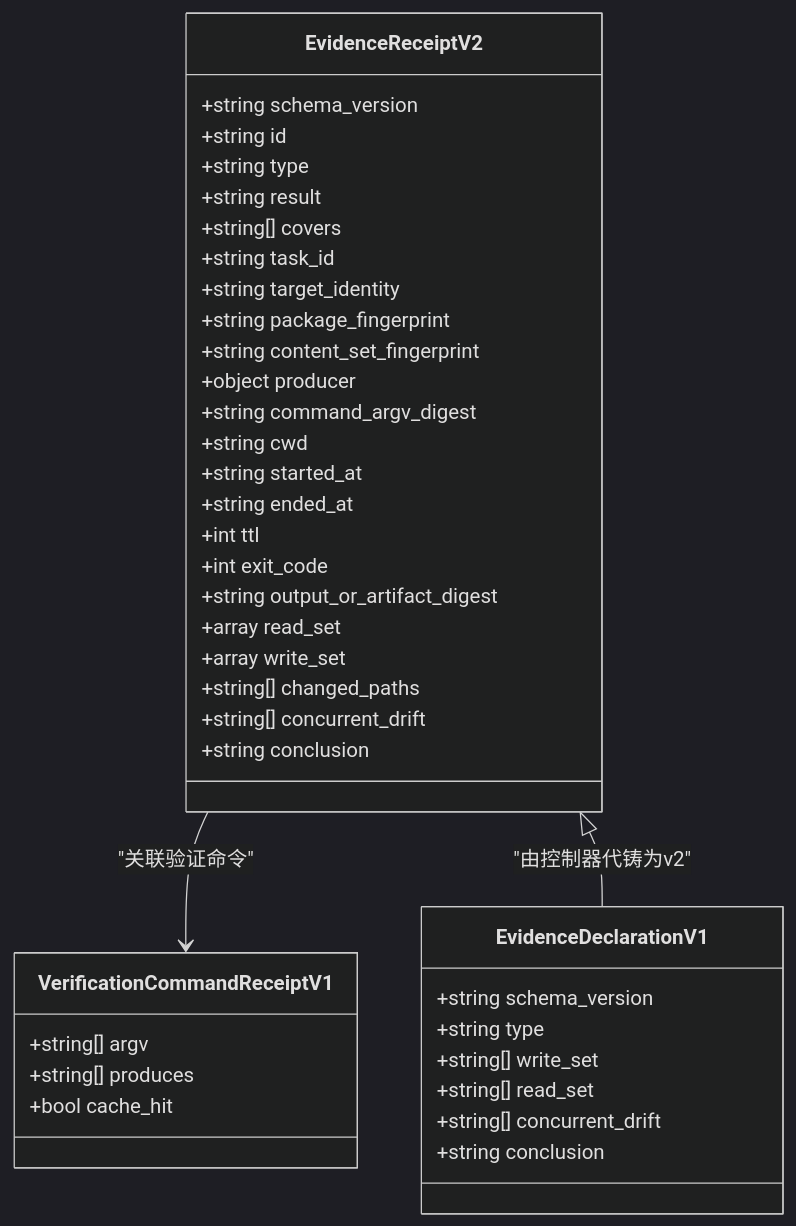
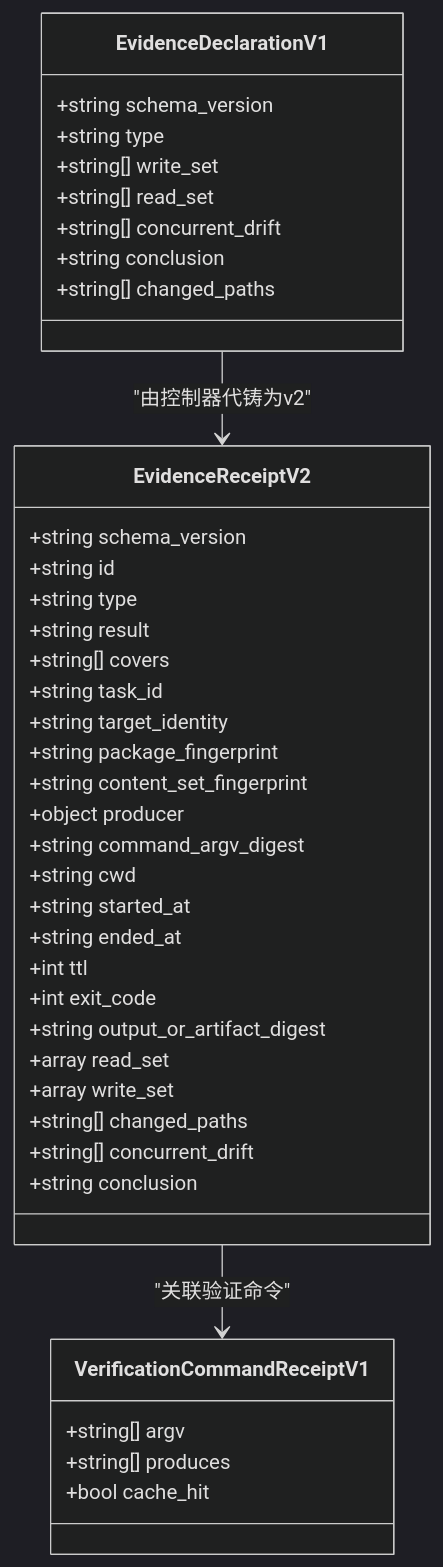
Before and after one commit to HackSing/docs-harness: the third of 4 diagrams in .qoder/repowiki/zh/content/API参考/JSON接口规范/证据收据Schema定义.md, drawn with Mermaid (dark theme). The commit also changed other lines of this file and 40 other files, not shown here.

````diff
--- a/.qoder/repowiki/zh/content/API参考/JSON接口规范/证据收据Schema定义.md
+++ b/.qoder/repowiki/zh/content/API参考/JSON接口规范/证据收据Schema定义.md
@@ -186,42 +202,43 @@
 ```mermaid
 classDiagram
 class EvidenceReceiptV2 {
 +string schema_version
 +string id
 +string type
 +string result
 +string[] covers
 +string task_id
 +string target_identity
 +string package_fingerprint
 +string content_set_fingerprint
 +object producer
 +string command_argv_digest
 +string cwd
 +string started_at
 +string ended_at
 +int ttl
 +int exit_code
 +string output_or_artifact_digest
 +array read_set
 +array write_set
 +string[] changed_paths
 +string[] concurrent_drift
 +string conclusion
 }
 class VerificationCommandReceiptV1 {
 +string[] argv
 +string[] produces
 +bool cache_hit
 }
 class EvidenceDeclarationV1 {
 +string schema_version
 +string type
 +string[] write_set
 +string[] read_set
 +string[] concurrent_drift
 +string conclusion
++string[] changed_paths
 }
 EvidenceReceiptV2 --> VerificationCommandReceiptV1 : "关联验证命令"
-EvidenceReceiptV2 <|-- EvidenceDeclarationV1 : "由控制器代铸为v2"
+EvidenceDeclarationV1 --> EvidenceReceiptV2 : "由控制器代铸为v2"
 ```
````
